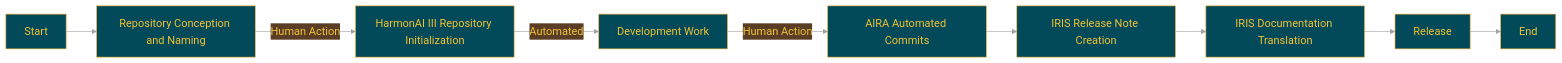
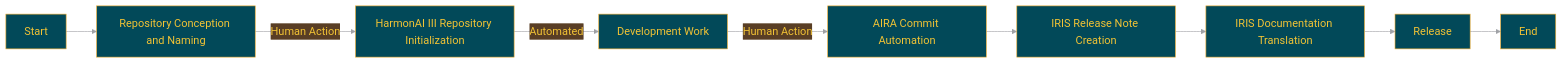
The diagram in docs/README.en.md (Sunwood-ai-labs/AMATERASU), drawn with Mermaid before and after one commit. The commit also changed other lines of this file, not shown here.

````diff
--- a/docs/README.en.md
+++ b/docs/README.en.md
@@ -199,20 +187,20 @@
 ```mermaid
 %%{init:{'theme':'base','themeVariables':{'primaryColor':'#024959','primaryTextColor':'#F2C335','primaryBorderColor':'#F2AE30','lineColor':'#A1A2A6','secondaryColor':'#593E25','tertiaryColor':'#F2C335','noteTextColor':'#024959','noteBkgColor':'#F2C335','textColor':'#024959','fontSize':'18px'}}}%%
 
 graph LR
     A[Start] --> B[Repository Conception and Naming]
     B -->|Human Action| C[HarmonAI III Repository Initialization]
     C -->|Automated| D[Development Work]
-    D -->|Human Action| E[AIRA Automated Commits]
+    D -->|Human Action| E[AIRA Commit Automation]
     E --> H[IRIS Release Note Creation]
     H --> I[IRIS Documentation Translation]
     I --> J[Release]
     J --> K[End]
 
     class B,D,G human;
     class E aira;
     class F,H,I iris;
     class C auto;
     class A,J,K process;
 
 ```
````
